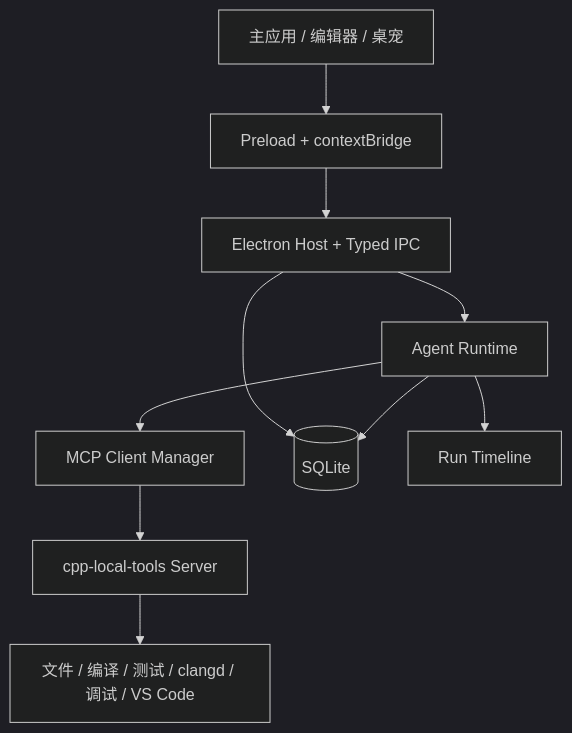
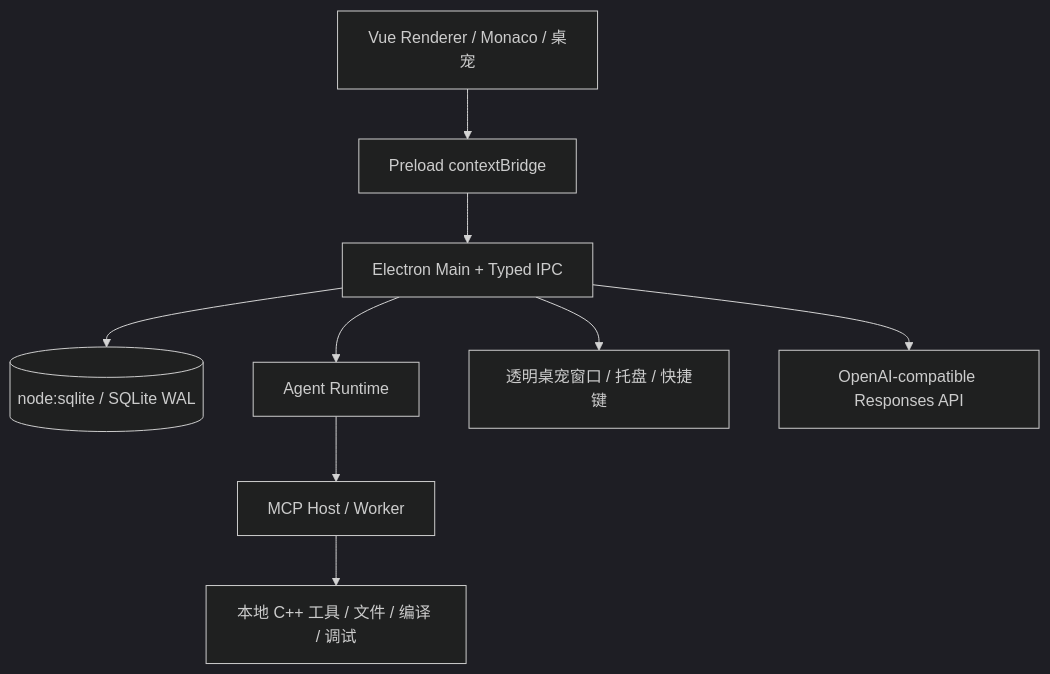
The diagram in README.md (oykb58246/cpp-learn-agent), drawn with Mermaid (dark theme) before and after one commit. The commit also changed other lines of this file and 85 other files, not shown here.

````diff
--- a/README.md
+++ b/README.md
@@ -57,12 +97,11 @@
 ```mermaid
 flowchart TB
-    UI[主应用 / 编辑器 / 桌宠] --> PRELOAD[Preload + contextBridge]
-    PRELOAD --> HOST[Electron Host + Typed IPC]
-    HOST --> AGENT[Agent Runtime]
-    AGENT --> MCP[MCP Client Manager]
-    MCP --> LOCAL[cpp-local-tools Server]
-    LOCAL --> TOOLS[文件 / 编译 / 测试 / clangd / 调试 / VS Code]
-    HOST --> DATA[(SQLite)]
-    AGENT --> DATA
-    AGENT --> TRACE[Run Timeline]
+    UI[Vue Renderer / Monaco / 桌宠] --> PRELOAD[Preload contextBridge]
+    PRELOAD --> MAIN[Electron Main + Typed IPC]
+    MAIN --> DB[(node:sqlite / SQLite WAL)]
+    MAIN --> AGENT[Agent Runtime]
+    AGENT --> MCP[MCP Host / Worker]
+    MCP --> TOOLS[本地 C++ 工具 / 文件 / 编译 / 调试]
+    MAIN --> PET[透明桌宠窗口 / 托盘 / 快捷键]
+    MAIN --> MODEL[OpenAI-compatible Responses API]
 ```
````
